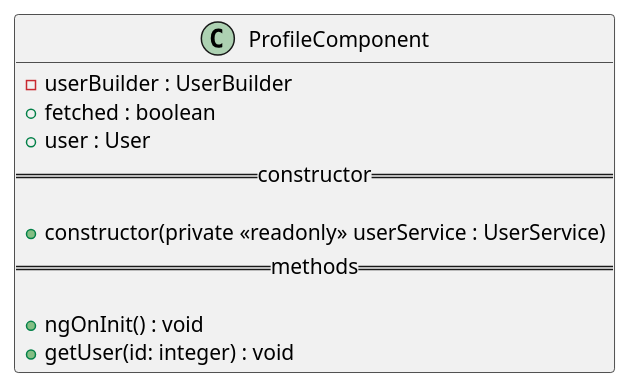
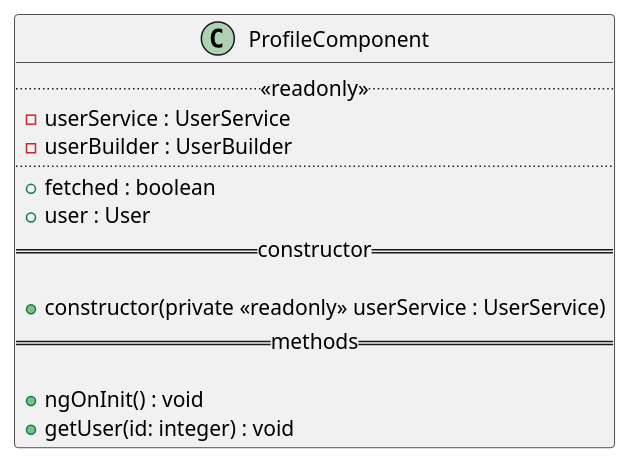
One commit to GruppOne/stalker-web-app changed the diagram in docs/diagrams/view/routes/ProfileComponent.pu. Above: the diagram before and after it, drawn with PlantUML. The commit also changed 26 other files, not shown here.

Commit message:
docs: fix class diagrams and add design-pattern diagrams

```diff
--- a/docs/diagrams/view/routes/ProfileComponent.pu
+++ b/docs/diagrams/view/routes/ProfileComponent.pu
@@ -1,14 +1,17 @@
 @startuml ProfileComponent diagram
 class ProfileComponent {
+  ..<<readonly>>..
+  - userService : UserService
   - userBuilder : UserBuilder
+  ....
   + fetched : boolean
   + user : User
   ==constructor==
 
   + constructor(private <<readonly>> userService : UserService)
   ==methods==
 
   + ngOnInit() : void
   + getUser(id: integer) : void
 }
 @enduml
```
